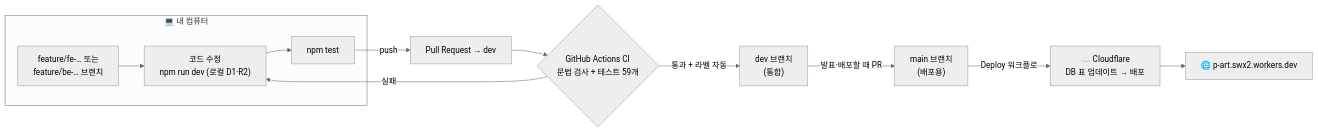
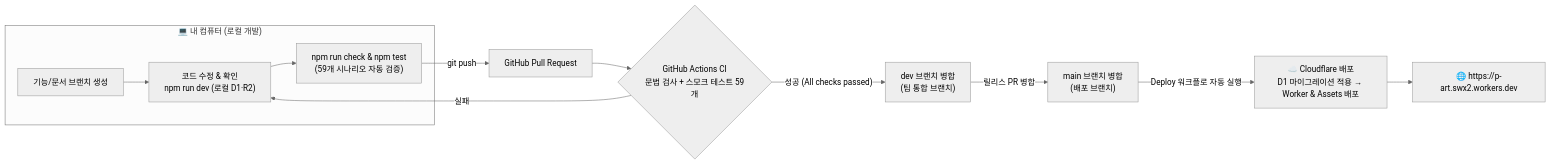
Before and after one commit to 10x4hs/p-art: the ninth of 9 diagrams in docs/WORKFLOW.md, drawn with Mermaid (neutral theme). The commit also changed other lines of this file and 24 other files, not shown here.

````diff
--- a/docs/WORKFLOW.md
+++ b/docs/WORKFLOW.md
@@ -261,13 +333,15 @@
 ```mermaid
 flowchart LR
-  subgraph LOCAL["💻 내 컴퓨터"]
-    BR["feature/fe-… 또는<br/>feature/be-… 브랜치"] --> CODE["코드 수정<br/>npm run dev (로컬 D1·R2)"] --> T["npm test"]
+  subgraph LOCAL["💻 내 컴퓨터 (로컬 개발)"]
+    BR["기능/문서 브랜치 생성"] --> DEV_RUN["코드 수정 & 확인<br/>npm run dev (로컬 D1·R2)"]
+    DEV_RUN --> CHECK["npm run check & npm test<br/>(59개 시나리오 자동 검증)"]
   end
-  T -- push --> PR["Pull Request → dev"]
-  PR --> CI{"GitHub Actions CI<br/>문법 검사 + 테스트 59개"}
-  CI -- 실패 --> CODE
-  CI -- 통과 + 라벨 자동 --> DEV["dev 브랜치<br/>(통합)"]
-  DEV -- "발표·배포할 때 PR" --> MAIN["main 브랜치<br/>(배포용)"]
-  MAIN -- "Deploy 워크플로" --> CFD["☁️ Cloudflare<br/>DB 표 업데이트 → 배포"]
-  CFD --> LIVE["🌐 p-art.swx2.workers.dev"]
+
+  CHECK -- "git push" --> PR["GitHub Pull Request"]
+  PR --> CI{"GitHub Actions CI<br/>문법 검사 + 스모크 테스트 59개"}
+  CI -- "실패" --> DEV_RUN
+  CI -- "성공 (All checks passed)" --> MERGE_DEV["dev 브랜치 병합<br/>(팀 통합 브랜치)"]
+  MERGE_DEV -- "릴리스 PR 병합" --> MERGE_MAIN["main 브랜치 병합<br/>(배포 브랜치)"]
+  MERGE_MAIN -- "Deploy 워크플로 자동 실행" --> DEPLOY["☁️ Cloudflare 배포<br/>D1 마이그레이션 적용 → Worker & Assets 배포"]
+  DEPLOY --> LIVE["🌐 https://p-art.swx2.workers.dev"]
 ```
````
